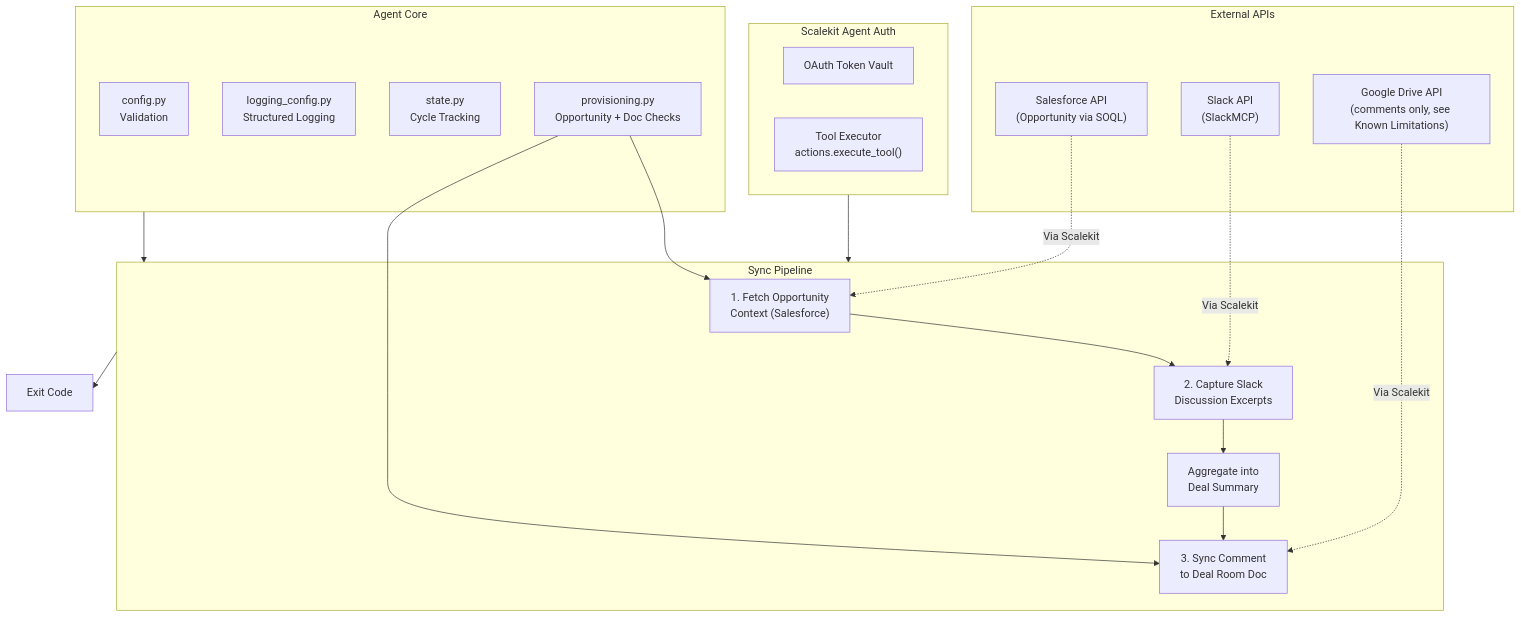
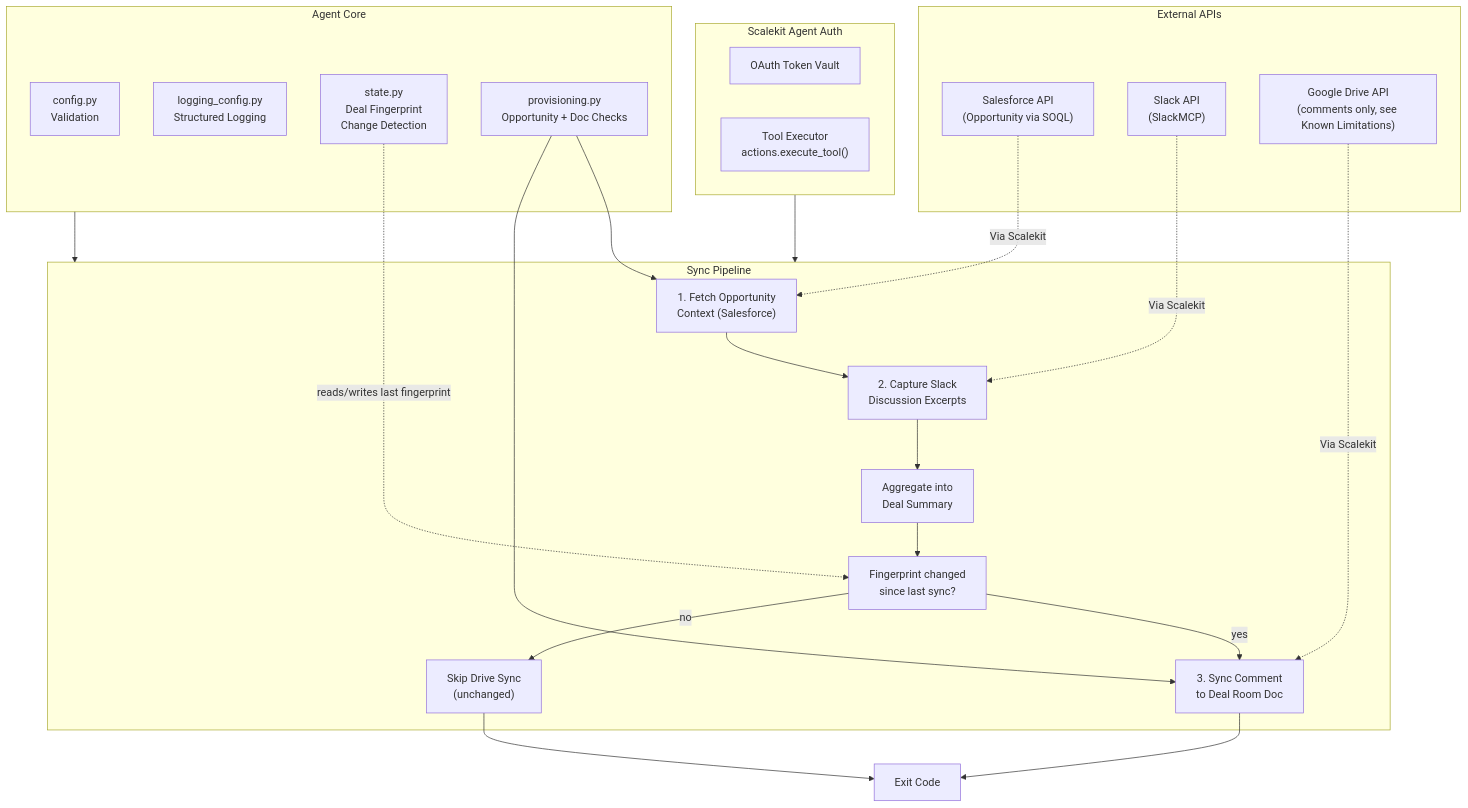
One commit to scalekit-developers/workflow-agents-demos changed the diagram in deal-room-sync-agent/README.md. Above: the diagram before and after it, drawn with Mermaid. The commit also changed other lines of this file and 2 other files, not shown here.

Commit message:
feat: Enhance deal room sync with change detection and fingerprinting logic

````diff
--- a/deal-room-sync-agent/README.md
+++ b/deal-room-sync-agent/README.md
@@ -23,40 +23,46 @@
 ```mermaid
 graph TB
     subgraph External["External APIs"]
         SF["Salesforce API<br/>(Opportunity via SOQL)"]
         SL["Slack API<br/>(SlackMCP)"]
         GD["Google Drive API<br/>(comments only, see Known Limitations)"]
     end
 
     subgraph Scalekit["Scalekit Agent Auth"]
         OAUTH["OAuth Token Vault"]
         TOOLS["Tool Executor<br/>actions.execute_tool()"]
     end
 
     subgraph Core["Agent Core"]
         CONFIG["config.py<br/>Validation"]
         LOGGING["logging_config.py<br/>Structured Logging"]
-        STATE["state.py<br/>Cycle Tracking"]
+        STATE["state.py<br/>Deal Fingerprint<br/>Change Detection"]
         PROV["provisioning.py<br/>Opportunity + Doc Checks"]
     end
 
     subgraph Pipeline["Sync Pipeline"]
         F["1. Fetch Opportunity<br/>Context (Salesforce)"]
         SLK["2. Capture Slack<br/>Discussion Excerpts"]
         AGG["Aggregate into<br/>Deal Summary"]
+        FP["Fingerprint changed<br/>since last sync?"]
         D["3. Sync Comment<br/>to Deal Room Doc"]
+        SKIP["Skip Drive Sync<br/>(unchanged)"]
     end
 
     SF -.->|Via Scalekit| F
     F --> SLK
     SL -.->|Via Scalekit| SLK
     SLK --> AGG
-    AGG --> D
+    AGG --> FP
+    STATE -.->|reads/writes last fingerprint| FP
+    FP -->|yes| D
+    FP -->|no| SKIP
     GD -.->|Via Scalekit| D
 
     Scalekit --> Pipeline
     Core --> Pipeline
     PROV --> F
     PROV --> D
-    Pipeline --> Output["Exit Code"]
+    D --> Output["Exit Code"]
+    SKIP --> Output
 ```
````
